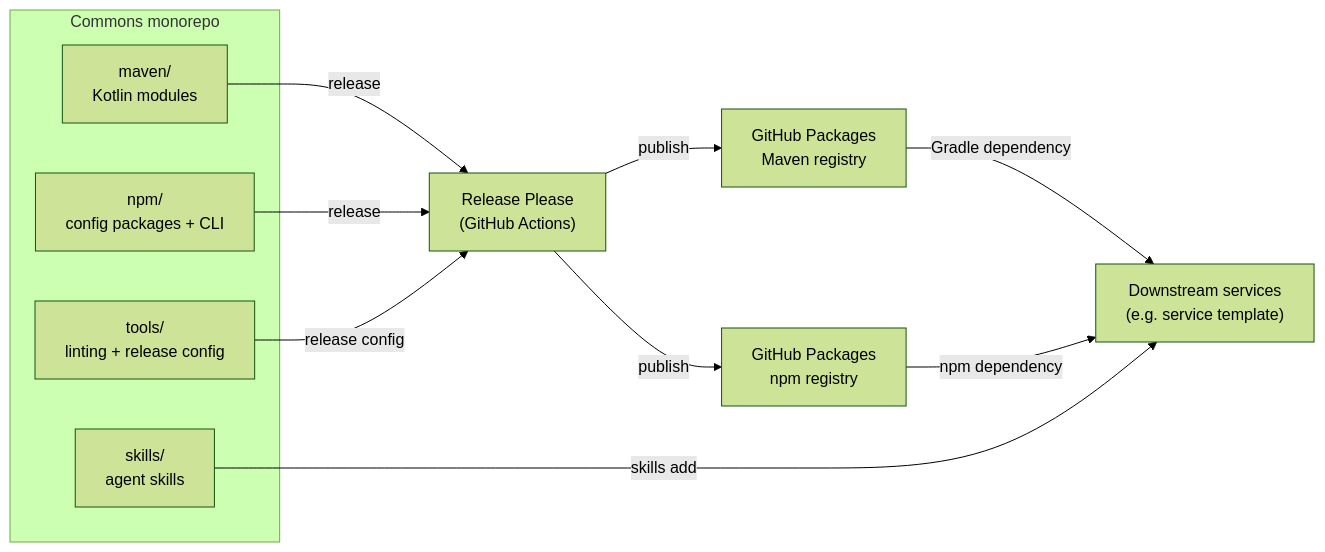
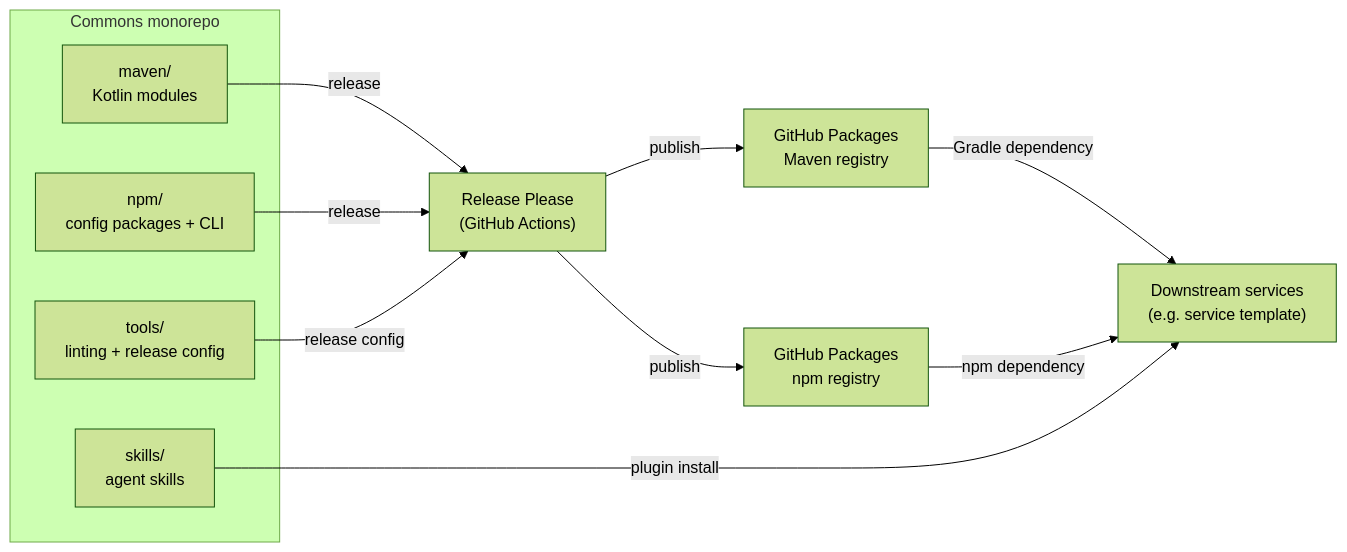
One commit to aimarchirico/commons changed the diagram in docs/ARCHITECTURE.md. Above: the diagram before and after it, drawn with Mermaid (forest theme). The commit also changed other lines of this file and 2 other files, not shown here.

First line of the commit message:
feat(skills): distribute as a Claude Code plugin instead of the skills CLI

````diff
--- a/docs/ARCHITECTURE.md
+++ b/docs/ARCHITECTURE.md
@@ -12,25 +12,25 @@
 ```mermaid
 graph LR
     subgraph Commons["Commons monorepo"]
         maven_src["maven/<br/>Kotlin modules"]
         npm_src["npm/<br/>config packages + CLI"]
         tools_src["tools/<br/>linting + release config"]
         skills["skills/<br/>agent skills"]
     end
 
     rp["Release Please<br/>(GitHub Actions)"]
     maven_reg["GitHub Packages<br/>Maven registry"]
     npm_reg["GitHub Packages<br/>npm registry"]
 
     consumers["Downstream services<br/>(e.g. service template)"]
 
     maven_src -->|release| rp
     npm_src -->|release| rp
     tools_src -->|release config| rp
     rp -->|publish| maven_reg
     rp -->|publish| npm_reg
 
     maven_reg -->|Gradle dependency| consumers
     npm_reg -->|npm dependency| consumers
-    skills -->|skills add| consumers
+    skills -->|plugin install| consumers
 ```
````
